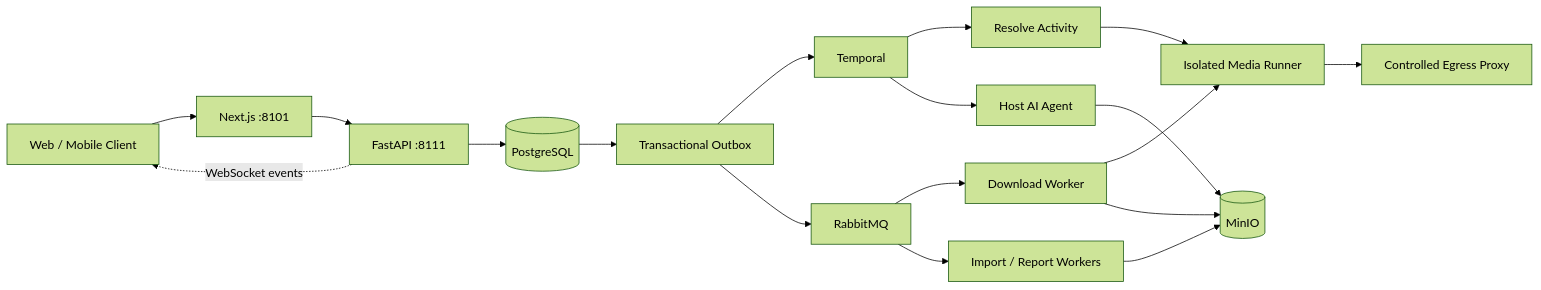
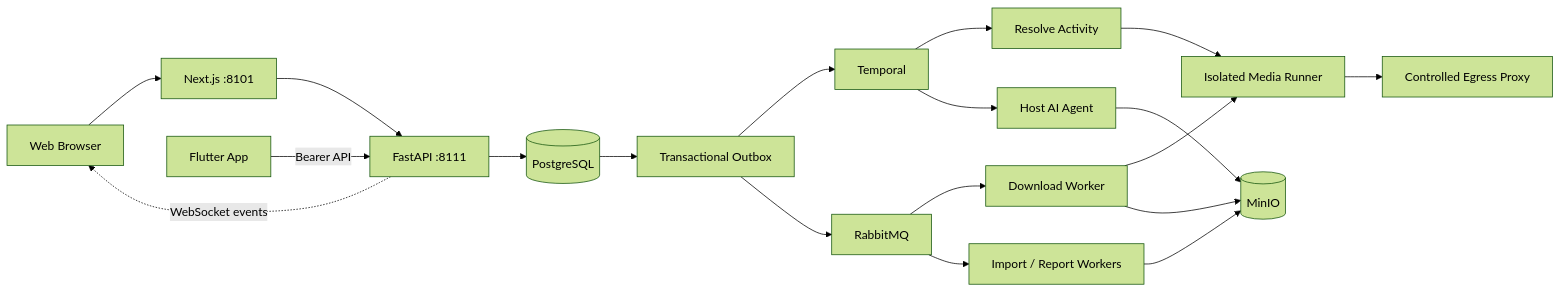
Before and after one commit to StephenQiu30/framefetch: the diagram in README.en.md, drawn with Mermaid (forest theme). The commit also changed other lines of this file and 7 other files, not shown here.

````diff
--- a/README.en.md
+++ b/README.en.md
@@ -192,20 +215,21 @@
 ```mermaid
 flowchart LR
-  Client[Web / Mobile Client] --> Frontend[Next.js :8101]
+  Client[Web Browser] --> Frontend[Next.js :8101]
   Frontend --> API[FastAPI :8111]
+  App[Flutter App] -->|Bearer API| API
   API --> DB[(PostgreSQL)]
   DB --> Outbox[Transactional Outbox]
   Outbox --> Temporal[Temporal]
   Temporal --> Resolve[Resolve Activity]
   Resolve --> Runner
   Outbox --> MQ[RabbitMQ]
   MQ --> Download[Download Worker]
   MQ --> Documents[Import / Report Workers]
   Download --> Runner[Isolated Media Runner]
   Runner --> Proxy[Controlled Egress Proxy]
   Download --> Storage[(MinIO)]
   Documents --> Storage
   Temporal --> HostAI[Host AI Agent]
   HostAI --> Storage
   API -. WebSocket events .-> Client
 ```
````
